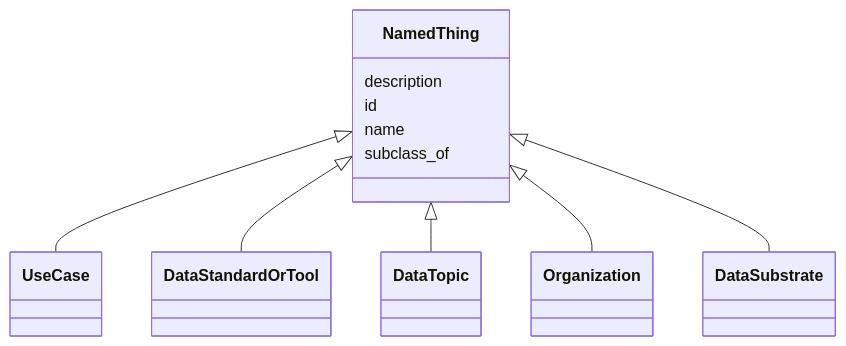
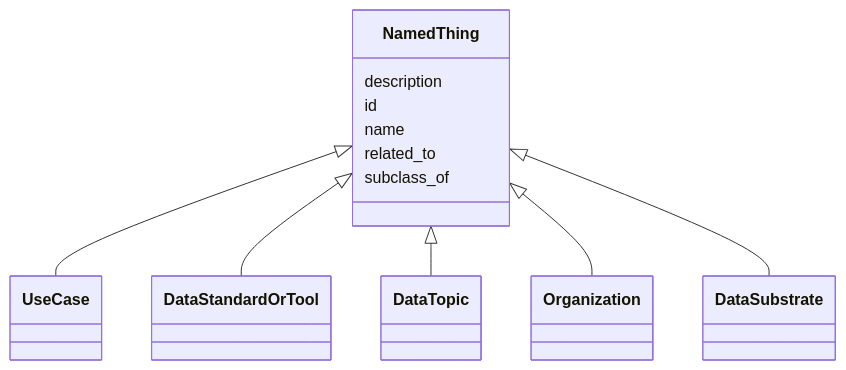
One commit to bridge2ai/standards-schemas changed the diagram in docs/NamedThing.md. Above: the diagram before and after it, drawn with Mermaid. The commit also changed other lines of this file and 65 other files, not shown here.

````diff
--- a/docs/NamedThing.md
+++ b/docs/NamedThing.md
@@ -11,15 +11,16 @@
 ```mermaid
  classDiagram
     class NamedThing
       NamedThing <|-- UseCase
       NamedThing <|-- DataStandardOrTool
       NamedThing <|-- DataTopic
       NamedThing <|-- Organization
       NamedThing <|-- DataSubstrate
       
       NamedThing : description
       NamedThing : id
       NamedThing : name
+      NamedThing : related_to
       NamedThing : subclass_of
       
 ```
````
